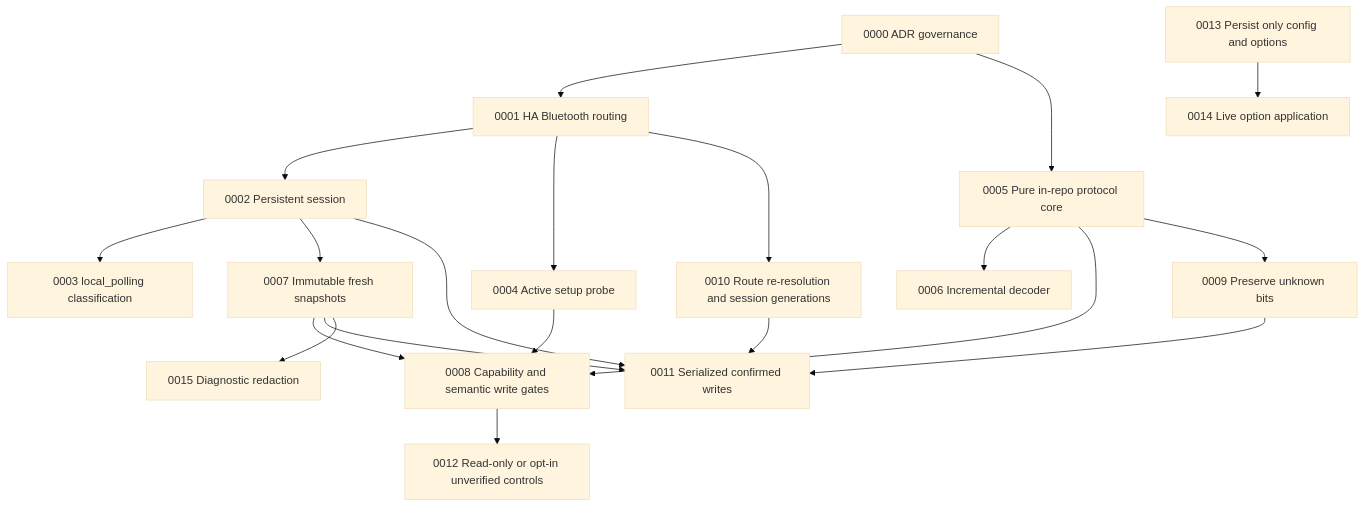
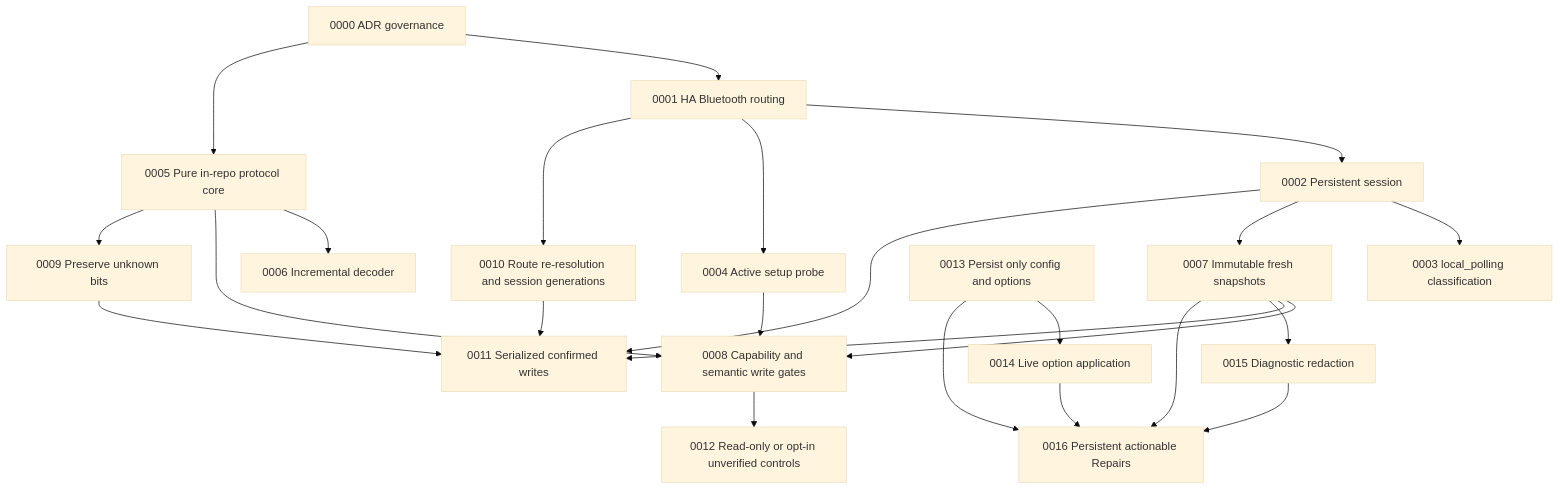
The diagram in docs/architecture/decisions/README.md (dedalodaelus/home-assistant-allpowers-ble), drawn with Mermaid (base theme) before and after one commit. The commit also changed other lines of this file and 20 other files, not shown here.

First line of the commit message:
feat: add persistent Home Assistant Repairs for actionable BLE failures

````diff
--- a/docs/architecture/decisions/README.md
+++ b/docs/architecture/decisions/README.md
@@ -37,39 +38,44 @@
 ```mermaid
 flowchart TB
     A0[0000 ADR governance]
     A1[0001 HA Bluetooth routing]
     A2[0002 Persistent session]
     A3[0003 local_polling classification]
     A4[0004 Active setup probe]
     A5[0005 Pure in-repo protocol core]
     A6[0006 Incremental decoder]
     A7[0007 Immutable fresh snapshots]
     A8[0008 Capability and semantic write gates]
     A9[0009 Preserve unknown bits]
     A10[0010 Route re-resolution and session generations]
     A11[0011 Serialized confirmed writes]
     A12[0012 Read-only or opt-in unverified controls]
     A13[0013 Persist only config and options]
     A14[0014 Live option application]
     A15[0015 Diagnostic redaction]
+    A16[0016 Persistent actionable Repairs]
 
     A0 --> A1
     A0 --> A5
     A1 --> A2
     A1 --> A4
     A1 --> A10
     A2 --> A3
     A2 --> A7
     A2 --> A11
     A4 --> A8
     A5 --> A6
     A5 --> A8
     A5 --> A9
     A7 --> A8
     A7 --> A11
     A8 --> A12
     A9 --> A11
     A10 --> A11
     A13 --> A14
     A7 --> A15
+    A7 --> A16
+    A13 --> A16
+    A14 --> A16
+    A15 --> A16
 ```
````
